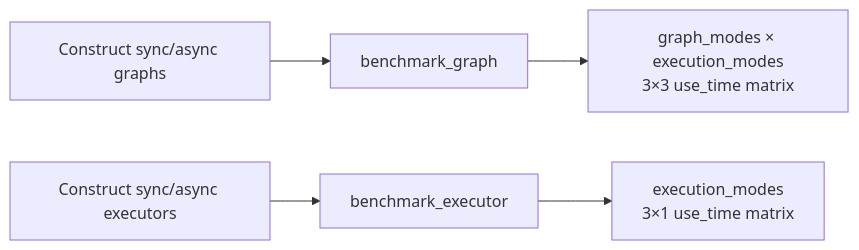
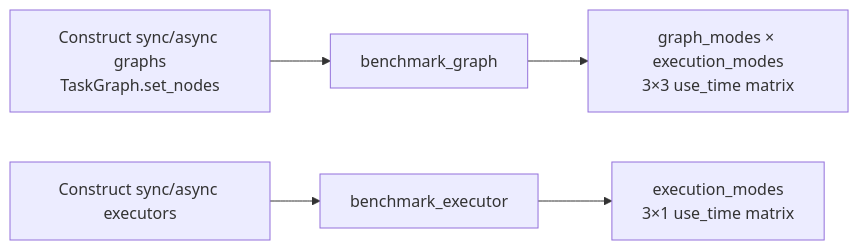
Before and after one commit to Mr-xiaotian/CelestialFlow: the diagram in docs/en/tests/benchmark/test_benchmark.md, drawn with Mermaid. The commit also changed other lines of this file and 181 other files, not shown here.

````diff
--- a/docs/en/tests/benchmark/test_benchmark.md
+++ b/docs/en/tests/benchmark/test_benchmark.md
@@ -41,8 +43,8 @@
 ```mermaid
 flowchart LR
-    A[Construct sync/async graphs] --> B[benchmark_graph]
+    A[Construct sync/async graphs<br/>TaskGraph.set_nodes] --> B[benchmark_graph]
     B --> C["graph_modes × execution_modes<br/>3×3 use_time matrix"]
 
     D[Construct sync/async executors] --> E[benchmark_executor]
     E --> F["execution_modes<br/>3×1 use_time matrix"]
 ```
````
